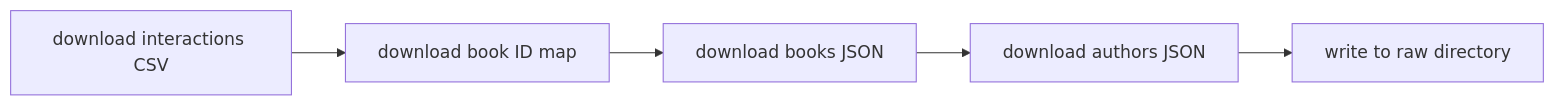
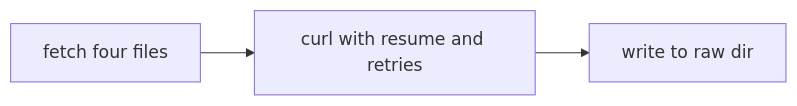
Before and after one commit to cptntrps/bookmatch: the second of 4 diagrams in docs/3_WORKFLOWS.md, drawn with Mermaid. The commit also changed other lines of this file and 5 other files, not shown here.

````diff
--- a/docs/3_WORKFLOWS.md
+++ b/docs/3_WORKFLOWS.md
@@ -71,7 +64,5 @@
 ```mermaid
 graph LR
-    A[download interactions CSV] --> B[download book ID map]
-    B --> C[download books JSON]
-    C --> D[download authors JSON]
-    D --> E[write to raw directory]
+    A[fetch four files] --> B[curl with resume and retries]
+    B --> C[write to raw dir]
 ```
````
